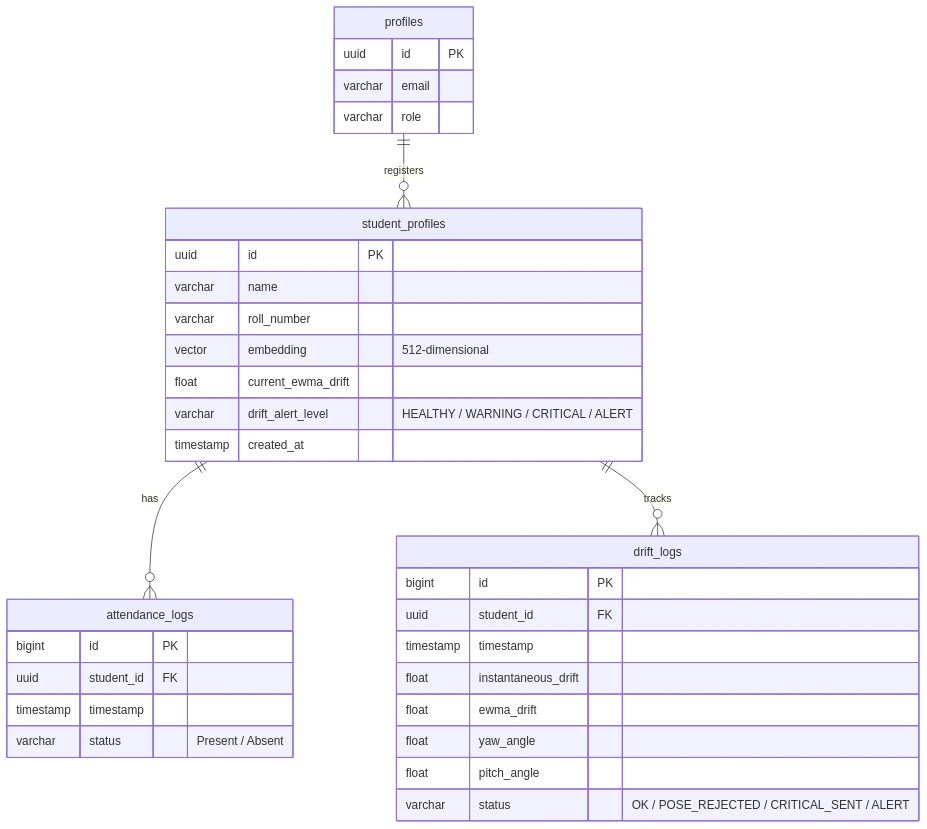
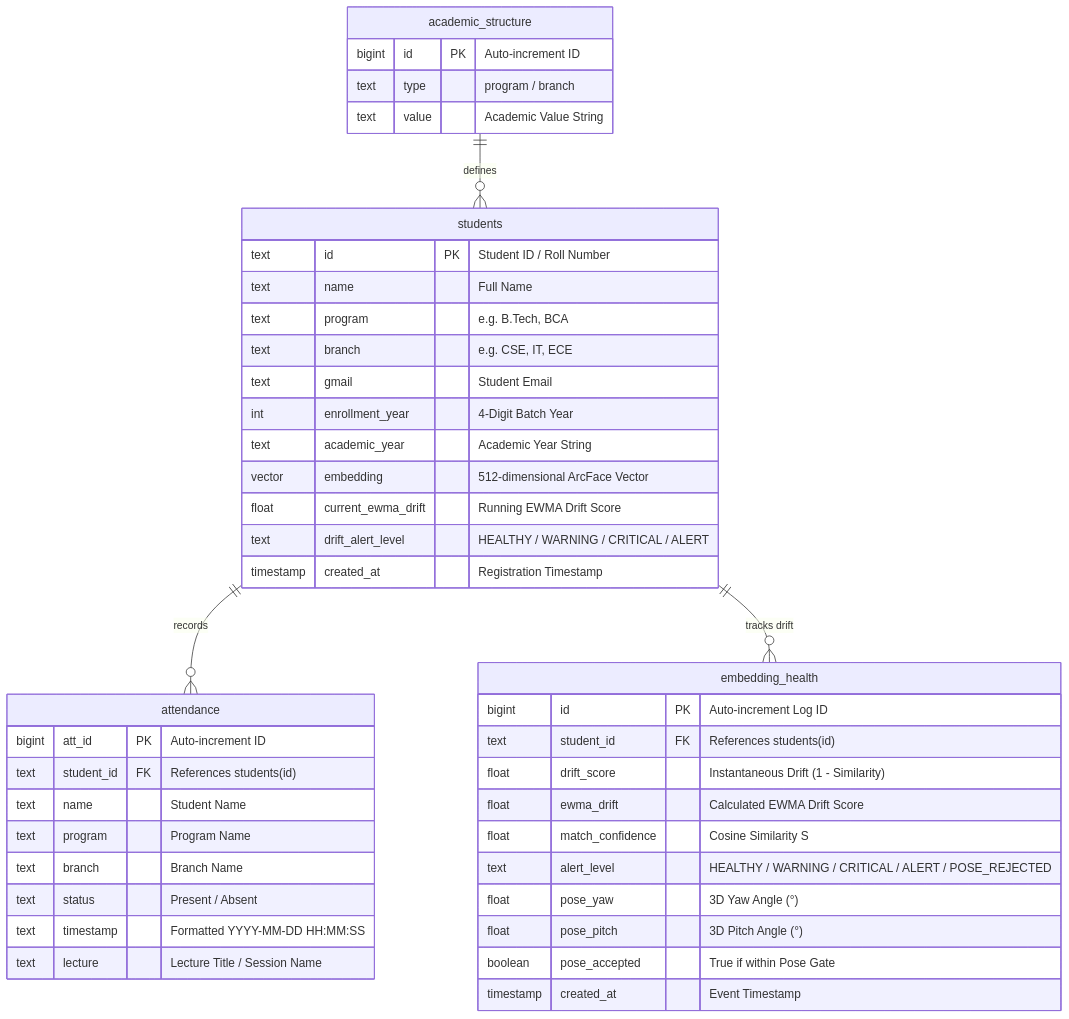
Before and after one commit to ArnavPundir22/Face-Attendance-System-Web-Version: the diagram in docs/database.md, drawn with Mermaid. The commit also changed other lines of this file and 7 other files, not shown here.

Commit message:
docs: update comprehensive project documentation hub and architecture guides

````diff
--- a/docs/database.md
+++ b/docs/database.md
@@ -11,36 +11,50 @@
 ```mermaid
 erDiagram
-    profiles ||--o{ student_profiles : registers
-    student_profiles ||--o{ attendance_logs : has
-    student_profiles ||--o{ drift_logs : tracks
-    profiles {
-        uuid id PK
-        varchar email
-        varchar role
+    students ||--o{ attendance : "records"
+    students ||--o{ embedding_health : "tracks drift"
+    academic_structure ||--o{ students : "defines"
+    
+    students {
+        text id PK "Student ID / Roll Number"
+        text name "Full Name"
+        text program "e.g. B.Tech, BCA"
+        text branch "e.g. CSE, IT, ECE"
+        text gmail "Student Email"
+        int enrollment_year "4-Digit Batch Year"
+        text academic_year "Academic Year String"
+        vector embedding "512-dimensional ArcFace Vector"
+        float current_ewma_drift "Running EWMA Drift Score"
+        text drift_alert_level "HEALTHY / WARNING / CRITICAL / ALERT"
+        timestamp created_at "Registration Timestamp"
     }
-    student_profiles {
-        uuid id PK
-        varchar name
-        varchar roll_number
-        vector embedding "512-dimensional"
-        float current_ewma_drift
-        varchar drift_alert_level "HEALTHY / WARNING / CRITICAL / ALERT"
-        timestamp created_at
+
+    attendance {
+        bigint att_id PK "Auto-increment ID"
+        text student_id FK "References students(id)"
+        text name "Student Name"
+        text program "Program Name"
+        text branch "Branch Name"
+        text status "Present / Absent"
+        text timestamp "Formatted YYYY-MM-DD HH:MM:SS"
+        text lecture "Lecture Title / Session Name"
     }
-    attendance_logs {
-        bigint id PK
-        uuid student_id FK
-        timestamp timestamp
-        varchar status "Present / Absent"
+
+    embedding_health {
+        bigint id PK "Auto-increment Log ID"
+        text student_id FK "References students(id)"
+        float drift_score "Instantaneous Drift (1 - Similarity)"
+        float ewma_drift "Calculated EWMA Drift Score"
+        float match_confidence "Cosine Similarity S"
+        text alert_level "HEALTHY / WARNING / CRITICAL / ALERT / POSE_REJECTED"
+        float pose_yaw "3D Yaw Angle (°)"
+        float pose_pitch "3D Pitch Angle (°)"
+        boolean pose_accepted "True if within Pose Gate"
+        timestamp created_at "Event Timestamp"
     }
-    drift_logs {
-        bigint id PK
-        uuid student_id FK
-        timestamp timestamp
-        float instantaneous_drift
-        float ewma_drift
-        float yaw_angle
-        float pitch_angle
-        varchar status "OK / POSE_REJECTED / CRITICAL_SENT / ALERT"
+
+    academic_structure {
+        bigint id PK "Auto-increment ID"
+        text type "program / branch"
+        text value "Academic Value String"
     }
 ```
````
